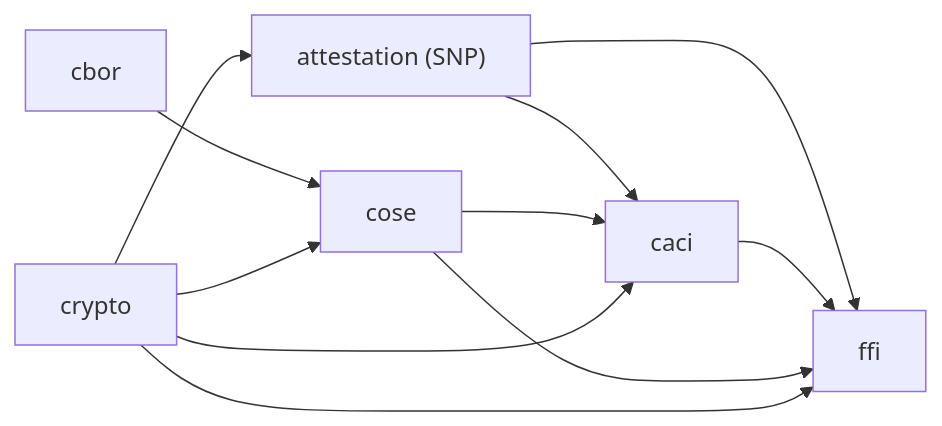
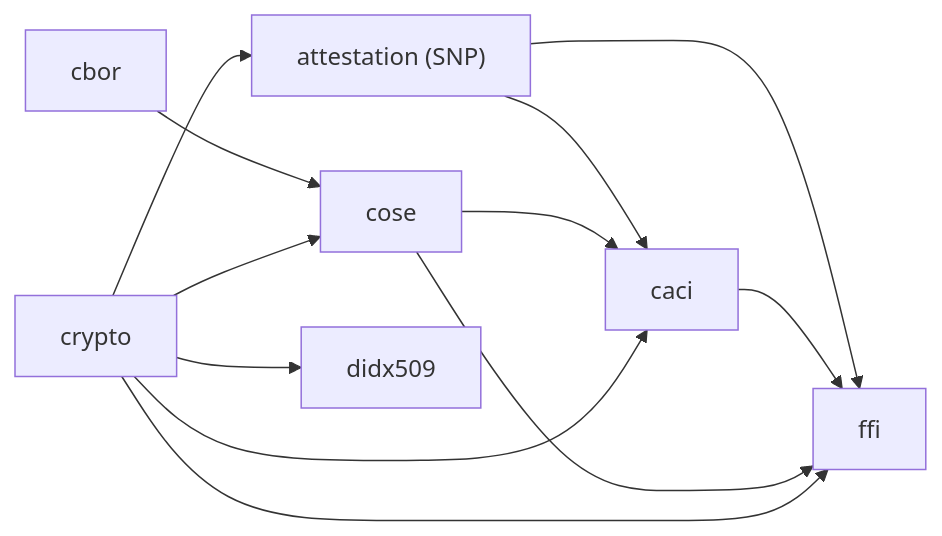
Before and after one commit to microsoft/TEE-Attestation-Verification: the diagram in README.md, drawn with Mermaid. The commit also changed other lines of this file and 74 other files, not shown here.

````diff
--- a/README.md
+++ b/README.md
@@ -35,20 +38,22 @@
 ```mermaid
 flowchart LR
     attestation["attestation (SNP)"]
     caci[caci]
     cbor[cbor]
     cose[cose]
     crypto[crypto]
+    didx509[didx509]
     ffi[ffi]
 
     crypto --> attestation
     attestation --> caci
     cose --> caci
     crypto --> caci
+    crypto --> didx509
     cbor --> cose
     crypto --> cose
     attestation --> ffi
     caci --> ffi
     cose --> ffi
     crypto --> ffi
 ```
````
